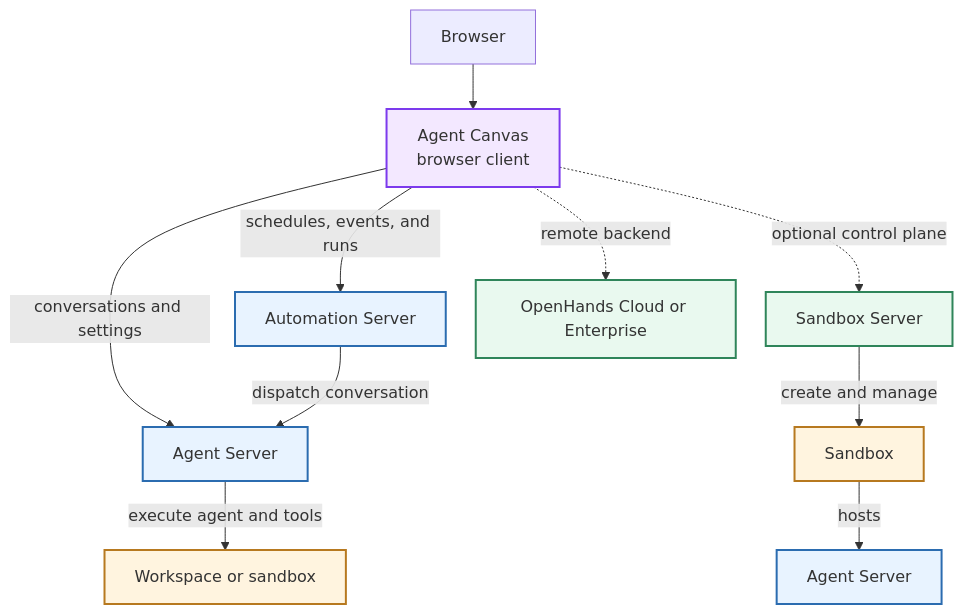
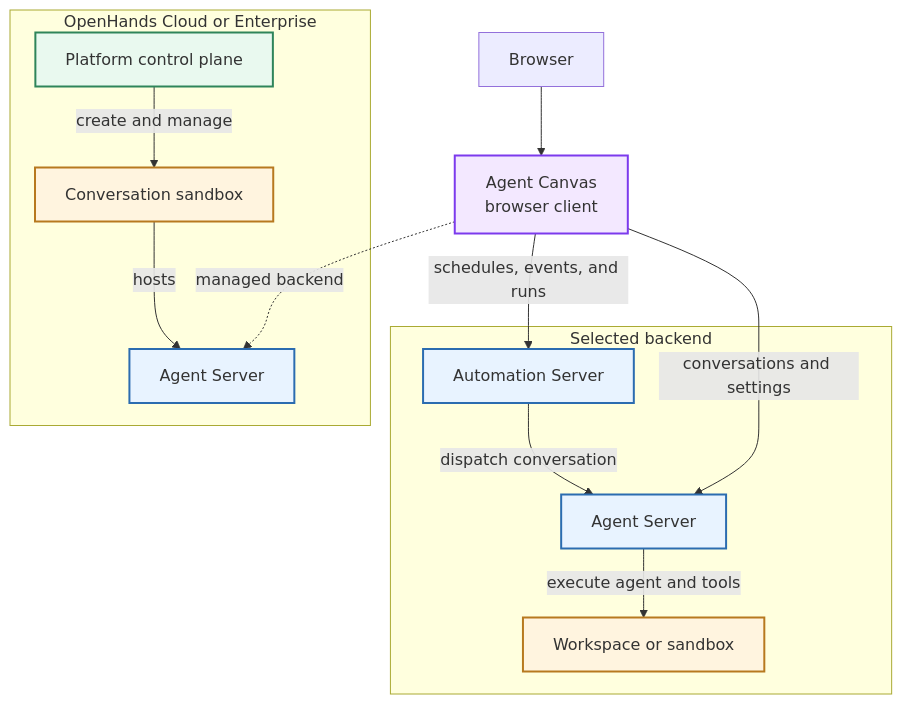
Before and after one commit to OpenHands/docs: the diagram in openhands/usage/agent-canvas/architecture.mdx, drawn with Mermaid. The commit also changed other lines of this file and 5 other files, not shown here.

Commit message:
docs: clarify remote backend architecture

````diff
--- a/openhands/usage/agent-canvas/architecture.mdx
+++ b/openhands/usage/agent-canvas/architecture.mdx
@@ -26,25 +21,29 @@
 ```mermaid
 %%{init: {"theme": "default", "flowchart": {"nodeSpacing": 30, "rankSpacing": 45}} }%%
 flowchart TB
     Browser["Browser"] --> Canvas["Agent Canvas<br/>browser client"]
 
-    Canvas -->|conversations and settings| AgentServer["Agent Server"]
-    Canvas -->|schedules, events, and runs| Automation["Automation Server"]
-    Automation -->|dispatch conversation| AgentServer
-    AgentServer -->|execute agent and tools| Workspace["Workspace or sandbox"]
+    subgraph Backend["Selected backend"]
+        AgentServer["Agent Server"] -->|execute agent and tools| Workspace["Workspace or sandbox"]
+        Automation["Automation Server"] -->|dispatch conversation| AgentServer
+    end
 
-    Canvas -.->|optional control plane| SandboxServer["Sandbox Server"]
-    SandboxServer -->|create and manage| Sandbox["Sandbox"]
-    Sandbox -->|hosts| SandboxedAgentServer["Agent Server"]
+    Canvas -->|conversations and settings| AgentServer
+    Canvas -->|schedules, events, and runs| Automation
 
-    Canvas -.->|remote backend| Remote["OpenHands Cloud or Enterprise"]
+    subgraph Platform["OpenHands Cloud or Enterprise"]
+        ControlPlane["Platform control plane"] -->|create and manage| Sandbox["Conversation sandbox"]
+        Sandbox -->|hosts| PlatformAgentServer["Agent Server"]
+    end
+
+    Canvas -.->|managed backend| PlatformAgentServer
 
     classDef primary fill:#f3e8ff,stroke:#7c3aed,stroke-width:2px
     classDef secondary fill:#e8f3ff,stroke:#2b6cb0,stroke-width:2px
     classDef tertiary fill:#fff4df,stroke:#b7791f,stroke-width:2px
     classDef service fill:#e9f9ef,stroke:#2f855a,stroke-width:2px
     class Canvas primary
-    class AgentServer,Automation,SandboxedAgentServer secondary
+    class AgentServer,Automation,PlatformAgentServer secondary
     class Workspace,Sandbox tertiary
-    class SandboxServer,Remote service
+    class ControlPlane service
 ```
````
